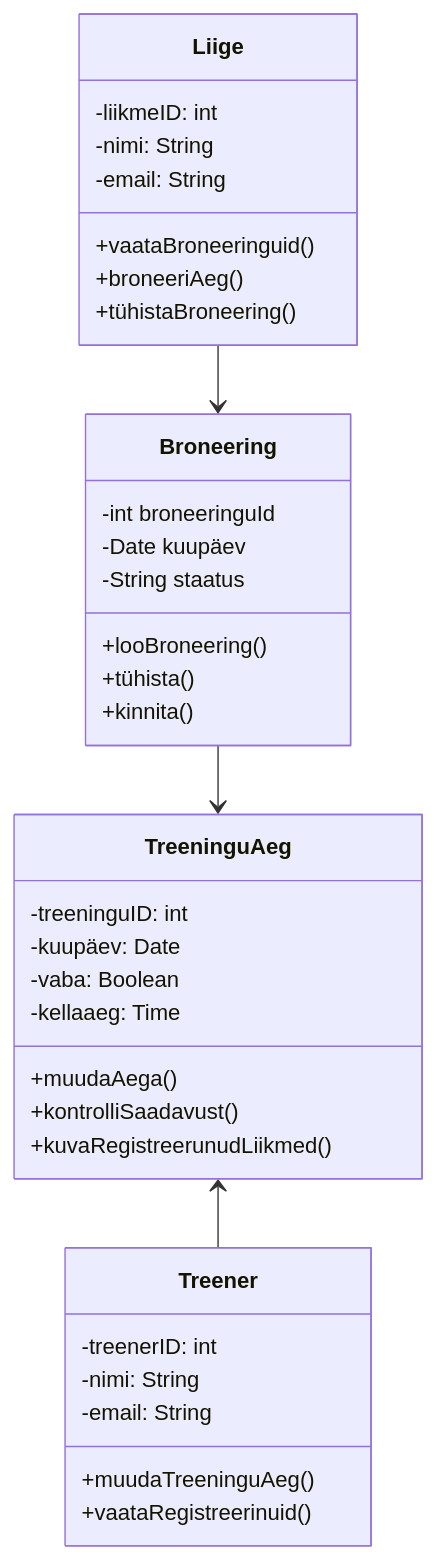
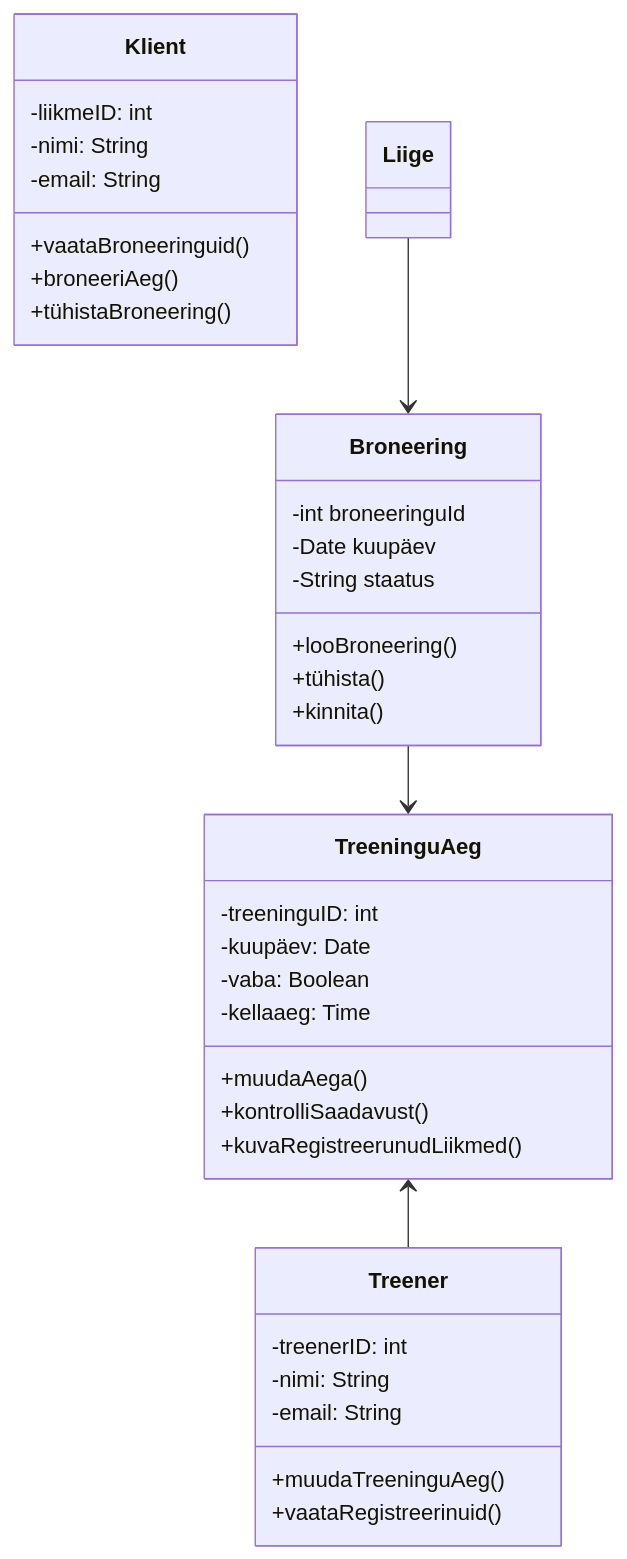
One commit to Nikitoosss123/Jousaali-broneering changed the diagram in README.md. Above: the diagram before and after it, drawn with Mermaid.

Commit message:
change class name

````diff
--- a/README.md
+++ b/README.md
@@ -30,39 +30,39 @@
 ```mermaid
 classDiagram
-    class Liige {
+    class Klient {
         -liikmeID: int
         -nimi: String
         -email: String
         +vaataBroneeringuid()
         +broneeriAeg()
         +tühistaBroneering()
     }
     class Broneering {
         -int broneeringuId
         -Date kuupäev
         -String staatus
         +looBroneering()
         +tühista()
         +kinnita()
     }
     class TreeninguAeg{
         -treeninguID: int
         -kuupäev: Date
         -vaba: Boolean
         -kellaaeg: Time
         +muudaAega()
         +kontrolliSaadavust()
         +kuvaRegistreerunudLiikmed()
     }
     class Treener{
         -treenerID: int
         -nimi: String
         -email: String
         +muudaTreeninguAeg()
         +vaataRegistreerinuid()
 
     }
     Liige  -->  Broneering
     Broneering --> TreeninguAeg
     TreeninguAeg <-- Treener
 ```
````
